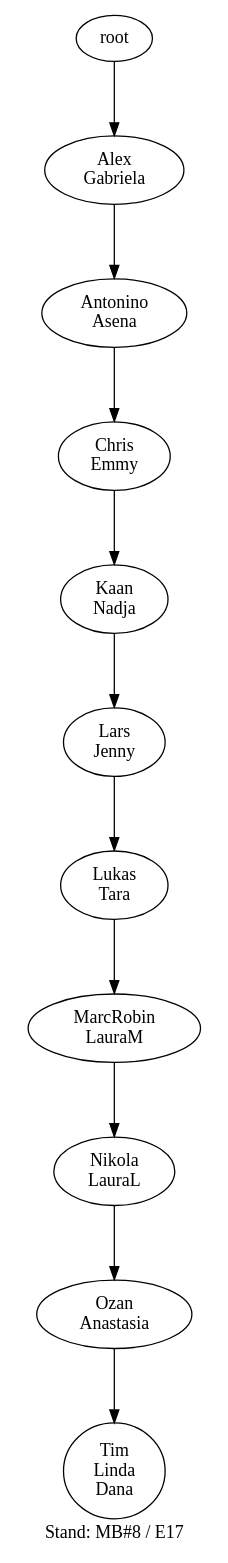
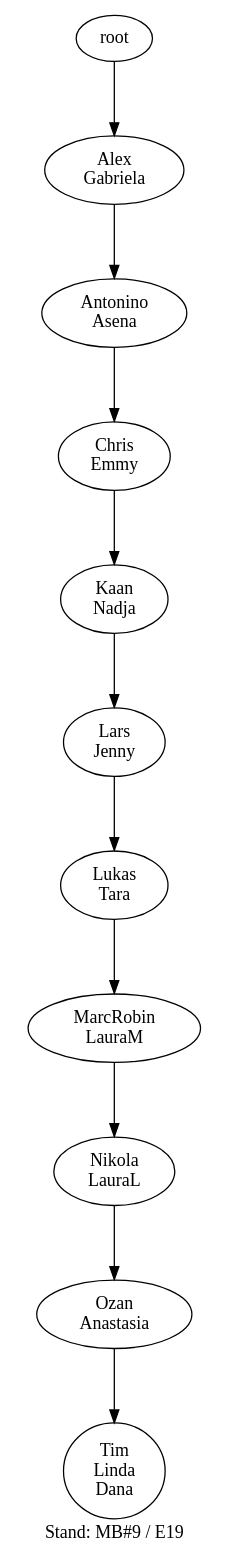
One commit to atticus-sullivan/sim-ayto changed the diagram in data/de04r/de04r.dot. Above: the diagram before and after it, drawn with Graphviz. The commit also changed 92 other files, not shown here.

```diff
--- a/data/de04r/de04r.dot
+++ b/data/de04r/de04r.dot
@@ -1,22 +1,22 @@
-digraph D { labelloc="b"; label="Stand: MB#8 / E17"; ranksep=0.8;
+digraph D { labelloc="b"; label="Stand: MB#9 / E19"; ranksep=0.8;
 "root/3"[label="Alex\nGabriela"]
 "root" -> "root/3";
 "root/3/1"[label="Antonino\nAsena"]
 "root/3" -> "root/3/1";
 "root/3/1/2"[label="Chris\nEmmy"]
 "root/3/1" -> "root/3/1/2";
 "root/3/1/2/8"[label="Kaan\nNadja"]
 "root/3/1/2" -> "root/3/1/2/8";
 "root/3/1/2/8/4"[label="Lars\nJenny"]
 "root/3/1/2/8" -> "root/3/1/2/8/4";
 "root/3/1/2/8/4/9"[label="Lukas\nTara"]
 "root/3/1/2/8/4" -> "root/3/1/2/8/4/9";
 "root/3/1/2/8/4/9/6"[label="MarcRobin\nLauraM"]
 "root/3/1/2/8/4/9" -> "root/3/1/2/8/4/9/6";
 "root/3/1/2/8/4/9/6/5"[label="Nikola\nLauraL"]
 "root/3/1/2/8/4/9/6" -> "root/3/1/2/8/4/9/6/5";
 "root/3/1/2/8/4/9/6/5/0"[label="Ozan\nAnastasia"]
 "root/3/1/2/8/4/9/6/5" -> "root/3/1/2/8/4/9/6/5/0";
 "root/3/1/2/8/4/9/6/5/0/7,10"[label="Tim\nLinda\nDana"]
 "root/3/1/2/8/4/9/6/5/0" -> "root/3/1/2/8/4/9/6/5/0/7,10";
 }
```
